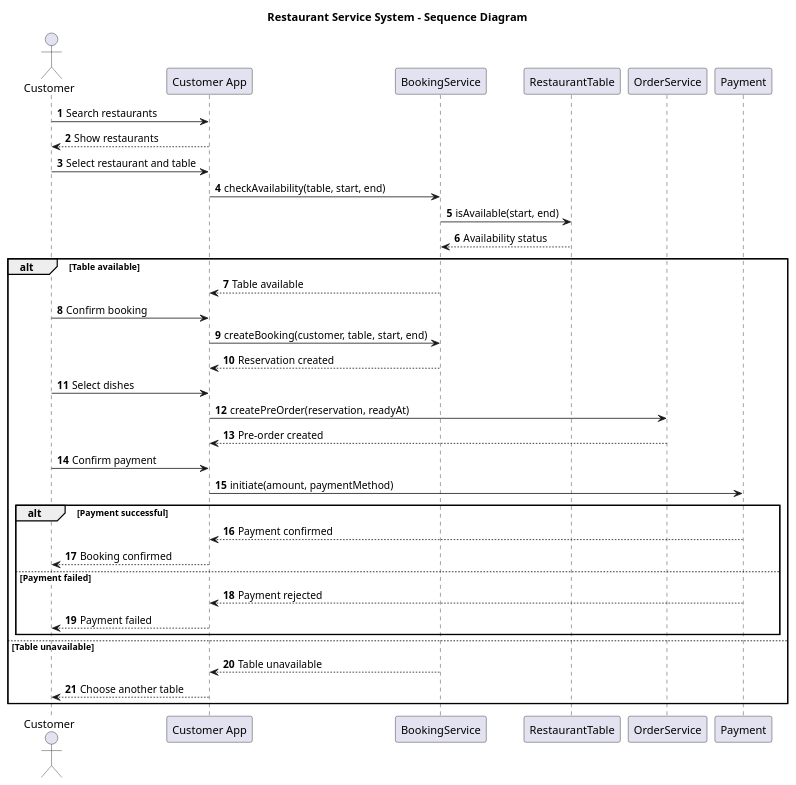
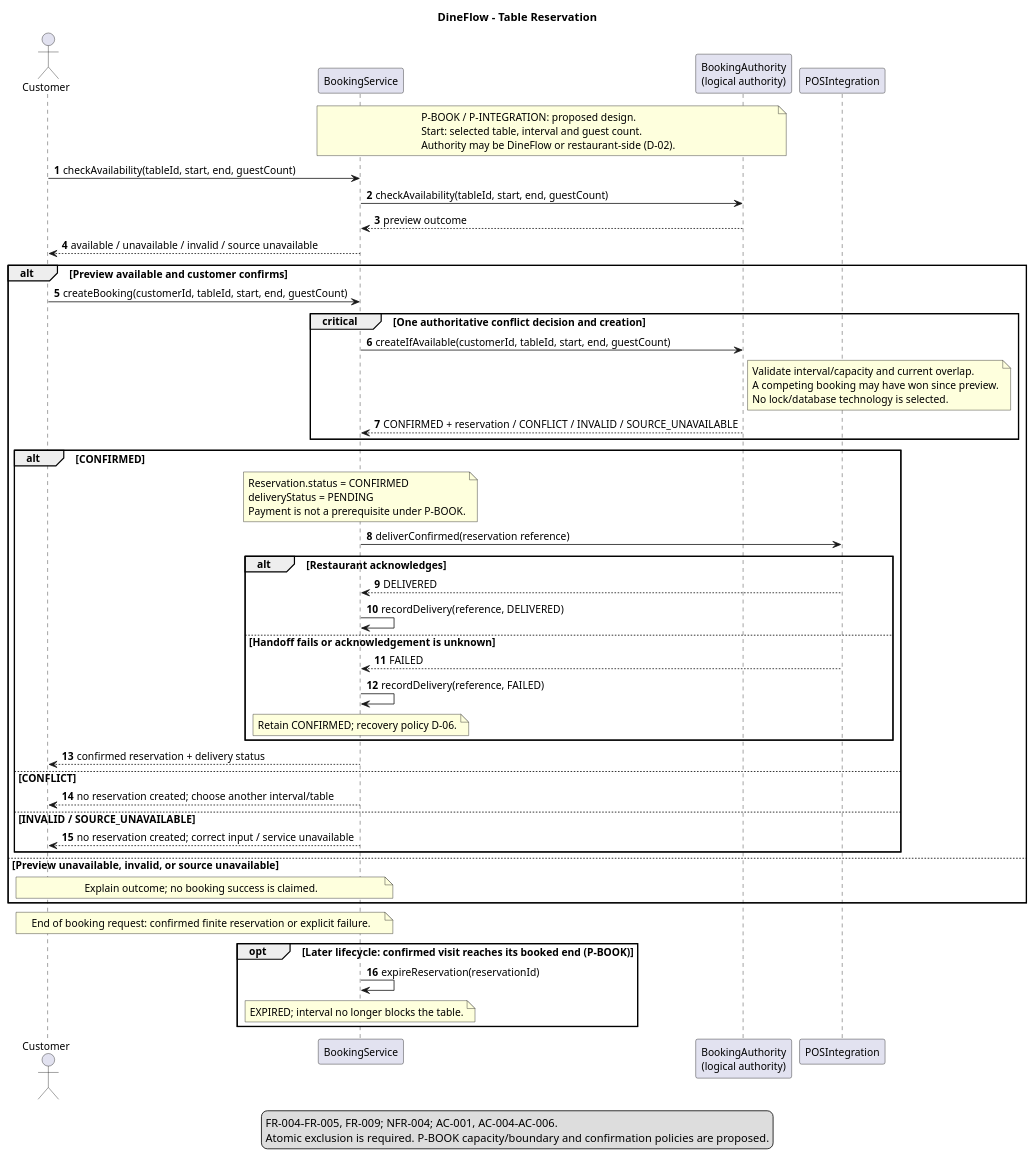
Before and after one commit to AlexToday111/DineFlow: the diagram in assets/diagrams/source/sequence-diagram.puml, drawn with PlantUML. The commit also changed 37 other files, not shown here.

```diff
--- a/assets/diagrams/source/sequence-diagram.puml
+++ b/assets/diagrams/source/sequence-diagram.puml
@@ -1,49 +1,68 @@
 @startuml
-title Restaurant Service System - Sequence Diagram
+title DineFlow - Table Reservation
+skinparam shadowing false
+skinparam defaultFontName SansSerif
+skinparam defaultFontSize 13
+skinparam classAttributeIconSize 0
+skinparam packageStyle rectangle
+hide empty members
 
 autonumber
-
 actor Customer
-
-participant "Customer App" as App
 participant "BookingService" as Booking
-participant "RestaurantTable" as Table
-participant "OrderService" as Order
-participant "Payment" as Payment
-
-Customer -> App : Search restaurants
-App --> Customer : Show restaurants
-
-Customer -> App : Select restaurant and table
-
-App -> Booking : checkAvailability(table, start, end)
-Booking -> Table : isAvailable(start, end)
-Table --> Booking : Availability status
-
-alt Table available
-Booking --> App : Table available
-
-Customer -> App : Confirm booking
-App -> Booking : createBooking(customer, table, start, end)
-Booking --> App : Reservation created
-
-Customer -> App : Select dishes
-App -> Order : createPreOrder(reservation, readyAt)
-Order --> App : Pre-order created
-
-Customer -> App : Confirm payment
-App -> Payment : initiate(amount, paymentMethod)
-
-alt Payment successful
-Payment --> App : Payment confirmed
-App --> Customer : Booking confirmed
-else Payment failed
-Payment --> App : Payment rejected
-App --> Customer : Payment failed
+participant "BookingAuthority\n(logical authority)" as Authority
+participant "POSIntegration" as POS
+note over Booking,Authority
+P-BOOK / P-INTEGRATION: proposed design.
+Start: selected table, interval and guest count.
+Authority may be DineFlow or restaurant-side (D-02).
+end note
+Customer -> Booking : checkAvailability(tableId, start, end, guestCount)
+Booking -> Authority : checkAvailability(tableId, start, end, guestCount)
+Authority --> Booking : preview outcome
+Booking --> Customer : available / unavailable / invalid / source unavailable
+alt Preview available and customer confirms
+ Customer -> Booking : createBooking(customerId, tableId, start, end, guestCount)
+ critical One authoritative conflict decision and creation
+  Booking -> Authority : createIfAvailable(customerId, tableId, start, end, guestCount)
+  note right of Authority
+  Validate interval/capacity and current overlap.
+  A competing booking may have won since preview.
+  No lock/database technology is selected.
+  end note
+  Authority --> Booking : CONFIRMED + reservation / CONFLICT / INVALID / SOURCE_UNAVAILABLE
+ end
+ alt CONFIRMED
+  note over Booking
+  Reservation.status = CONFIRMED
+  deliveryStatus = PENDING
+  Payment is not a prerequisite under P-BOOK.
+  end note
+  Booking -> POS : deliverConfirmed(reservation reference)
+  alt Restaurant acknowledges
+   POS --> Booking : DELIVERED
+   Booking -> Booking : recordDelivery(reference, DELIVERED)
+  else Handoff fails or acknowledgement is unknown
+   POS --> Booking : FAILED
+   Booking -> Booking : recordDelivery(reference, FAILED)
+   note over Booking : Retain CONFIRMED; recovery policy D-06.
+  end
+  Booking --> Customer : confirmed reservation + delivery status
+ else CONFLICT
+  Booking --> Customer : no reservation created; choose another interval/table
+ else INVALID / SOURCE_UNAVAILABLE
+  Booking --> Customer : no reservation created; correct input / service unavailable
+ end
+else Preview unavailable, invalid, or source unavailable
+ note over Customer,Booking : Explain outcome; no booking success is claimed.
 end
-
-else Table unavailable
-Booking --> App : Table unavailable
-App --> Customer : Choose another table
+note over Customer,Booking : End of booking request: confirmed finite reservation or explicit failure.
+opt Later lifecycle: confirmed visit reaches its booked end (P-BOOK)
+ Booking -> Booking : expireReservation(reservationId)
+ note over Booking : EXPIRED; interval no longer blocks the table.
 end
+legend bottom
+FR-004-FR-005, FR-009; NFR-004; AC-001, AC-004-AC-006.
+Atomic exclusion is required. P-BOOK capacity/boundary and confirmation policies are proposed.
+endlegend
 @enduml
```
